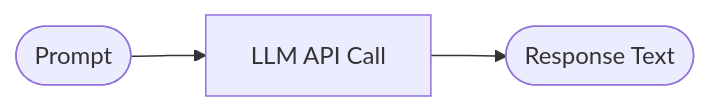
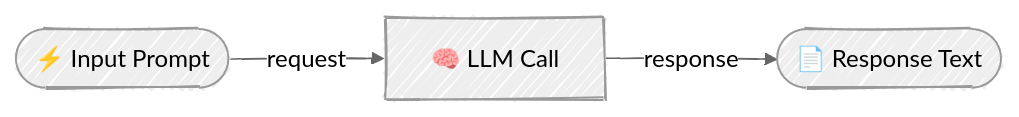
One commit to agenticloops-ai/agentic-ai-engineering changed the diagram in 01-foundations/01-simple-llm-call/README.md. Above: the diagram before and after it, drawn with Mermaid. The commit also changed other lines of this file and 4 other files, not shown here.

Commit message:
refactor(foundations): improve diagrams

````diff
--- a/01-foundations/01-simple-llm-call/README.md
+++ b/01-foundations/01-simple-llm-call/README.md
@@ -33,5 +33,10 @@
 ```mermaid
+---
+config:
+  look: handDrawn
+  theme: neutral
+---
 flowchart LR
-    A([Prompt]) --> B[LLM API Call]
-    B --> C([Response Text])
+    A(["⚡ Input Prompt"]) -->|request| B["🧠 LLM Call   "]
+    B -->|response| C(["📄 Response Text"])
 ```
````
